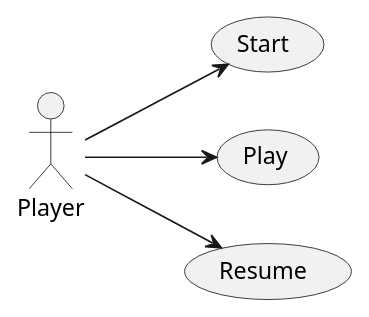
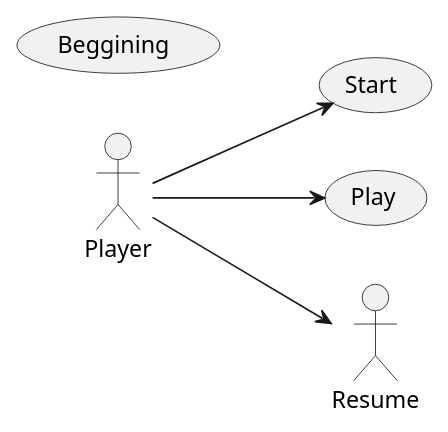
The diagram in docs/diagrams/actorsUseCaseDiagram.plantuml (JotaEme142/ATI-012024), drawn with PlantUML before and after one commit.

Commit message:
usecase Beggining

```diff
--- a/docs/diagrams/actorsUseCaseDiagram.plantuml
+++ b/docs/diagrams/actorsUseCaseDiagram.plantuml
@@ -1,11 +1,11 @@
 @startuml actorsUseCaseDiagram
 left to right direction
 actor Player
 usecase Start
 usecase Play
-usecase Resume
+usecase Beggining
 
 Player --> Start
 Player --> Play
 Player --> Resume
 @enduml
```
